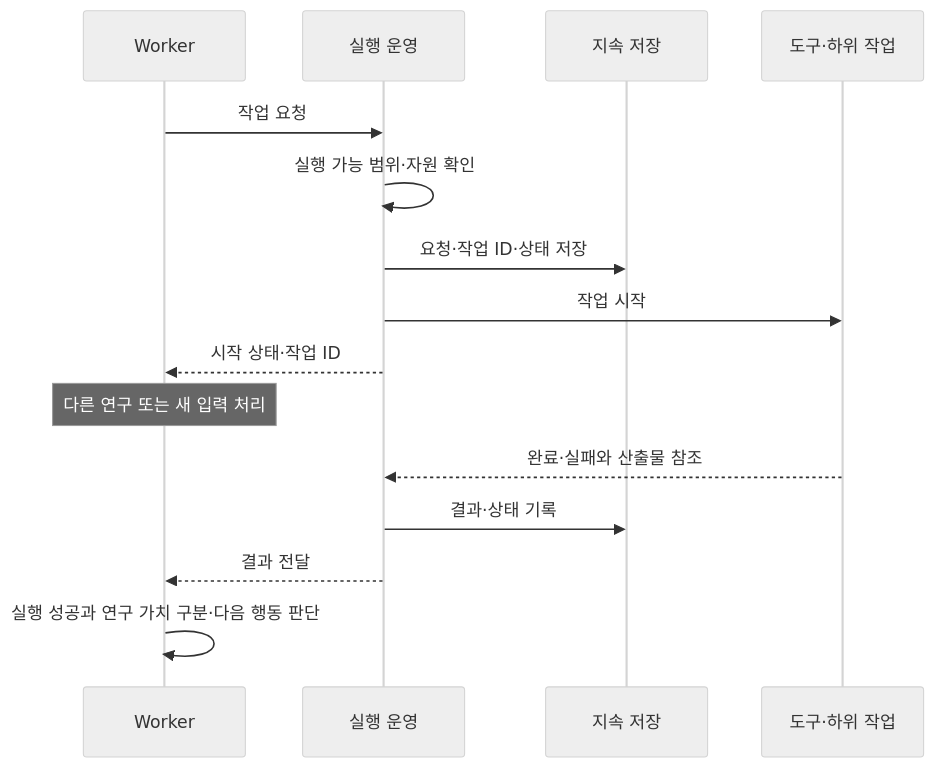
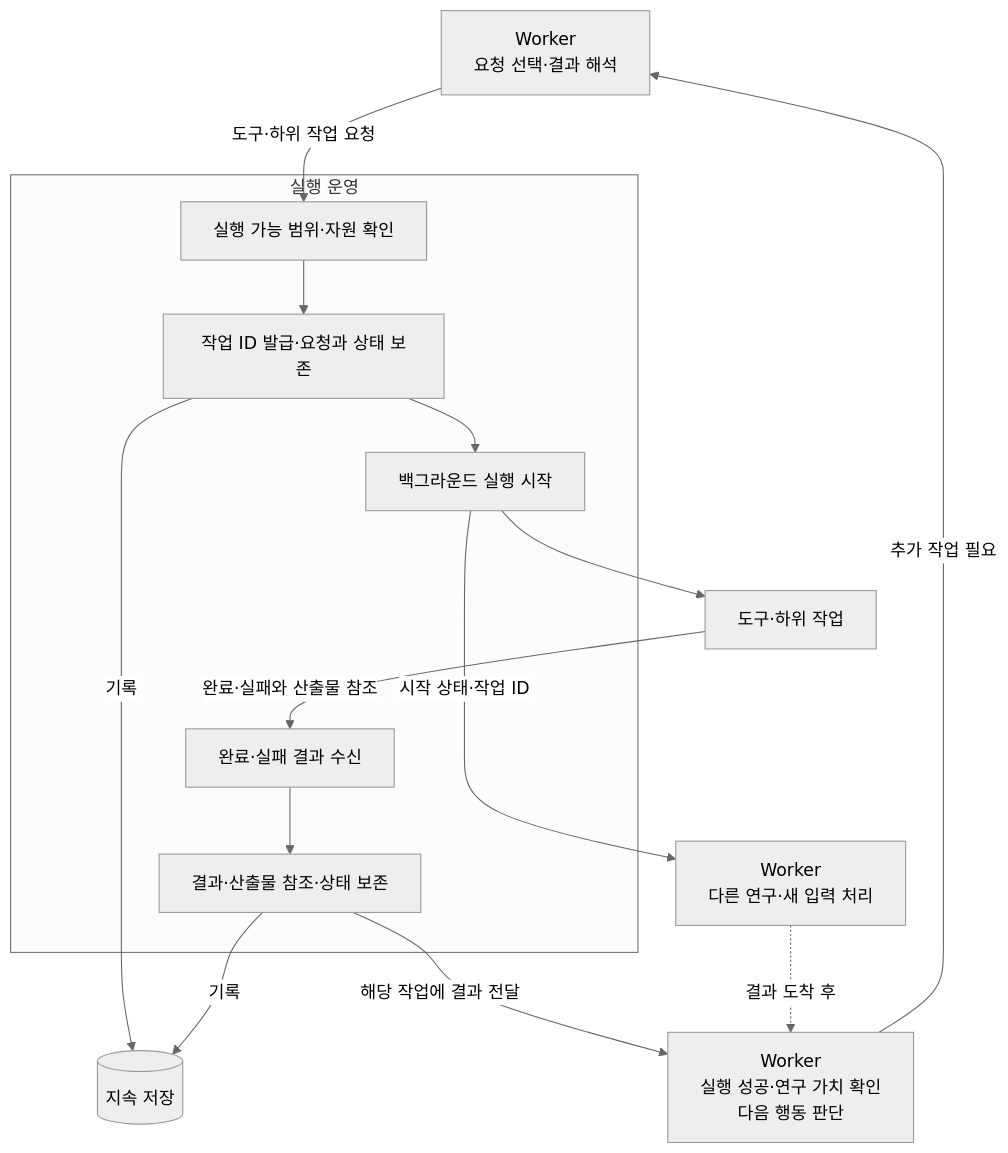
One commit to Rmayana/frontier-research-harness changed the fifth of 11 diagrams in docs/ARCHITECTURE.md. Above: the diagram before and after it, drawn with Mermaid (neutral theme). The commit also changed other lines of this file, not shown here.

Commit message:
docs: convert architecture sequence and state diagrams to flowcharts

````diff
--- a/docs/ARCHITECTURE.md
+++ b/docs/ARCHITECTURE.md
@@ -207,17 +204,17 @@
 ```mermaid
-sequenceDiagram
-    participant W as Worker
-    participant O as 실행 운영
-    participant S as 지속 저장
-    participant E as 도구·하위 작업
-    W->>O: 작업 요청
-    O->>O: 실행 가능 범위·자원 확인
-    O->>S: 요청·작업 ID·상태 저장
-    O->>E: 작업 시작
-    O-->>W: 시작 상태·작업 ID
-    Note over W: 다른 연구 또는 새 입력 처리
-    E-->>O: 완료·실패와 산출물 참조
-    O->>S: 결과·상태 기록
-    O-->>W: 결과 전달
-    W->>W: 실행 성공과 연구 가치 구분·다음 행동 판단
+flowchart TB
+    W["Worker<br/>요청 선택·결과 해석"] -->|도구·하위 작업 요청| CHECK
+    subgraph OPS["실행 운영"]
+        CHECK["실행 가능 범위·자원 확인"] --> RECORD["작업 ID 발급·요청과 상태 보존"]
+        RECORD --> START["백그라운드 실행 시작"]
+        RECEIVE["완료·실패 결과 수신"] --> SAVE["결과·산출물 참조·상태 보존"]
+    end
+    RECORD -->|기록| S[("지속 저장")]
+    START --> E["도구·하위 작업"]
+    START -->|시작 상태·작업 ID| CONT["Worker<br/>다른 연구·새 입력 처리"]
+    E -->|완료·실패와 산출물 참조| RECEIVE
+    SAVE -->|기록| S
+    SAVE -->|해당 작업에 결과 전달| REVIEW["Worker<br/>실행 성공·연구 가치 확인<br/>다음 행동 판단"]
+    CONT -. 결과 도착 후 .-> REVIEW
+    REVIEW -->|추가 작업 필요| W
 ```
````
